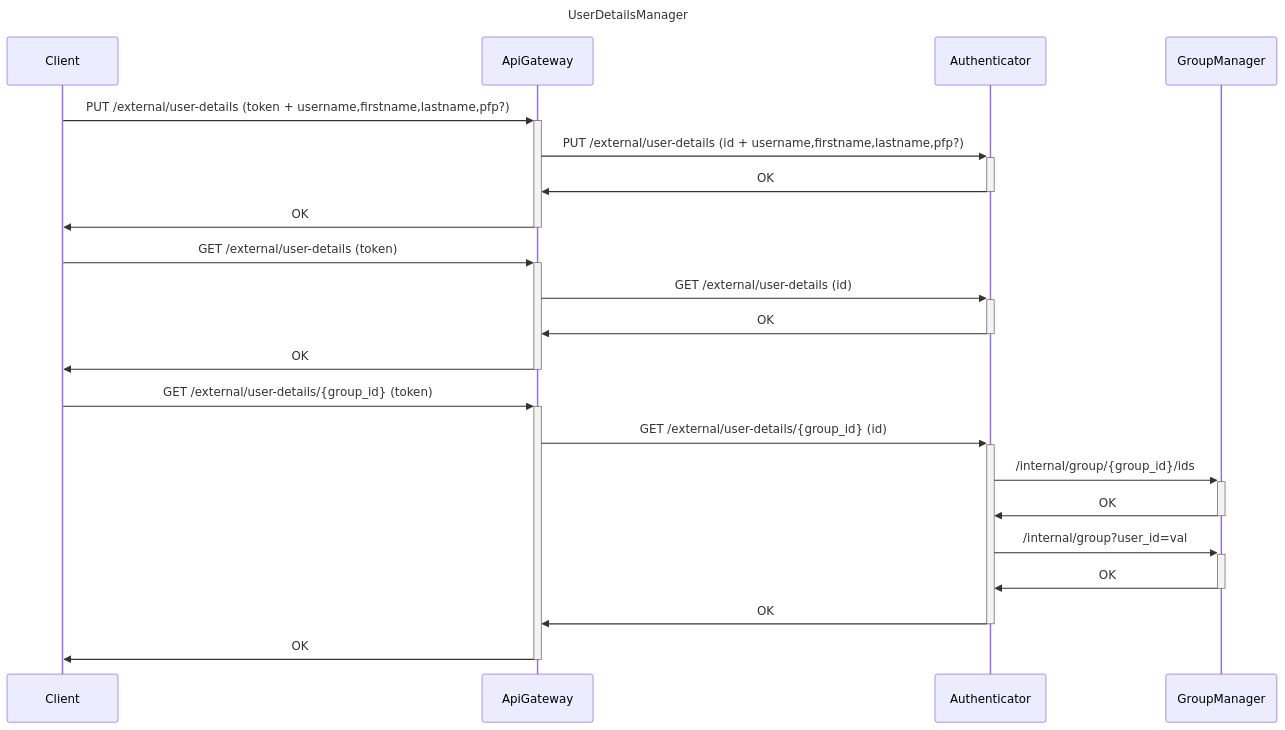
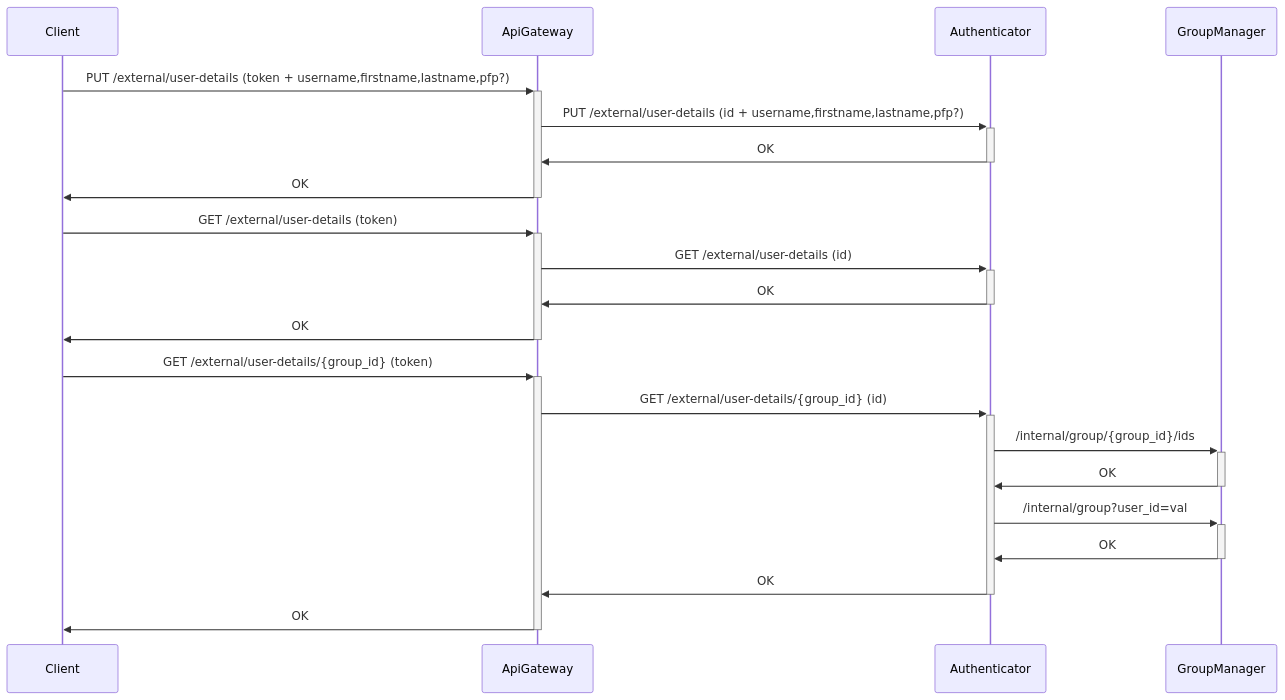
One commit to Group-Expense-Manager/gem-docs changed the second of 3 diagrams in docs/diagrams.md. Above: the diagram before and after it, drawn with Mermaid. The commit also changed other lines of this file, not shown here.

Commit message:
testing diagrams2

````diff
--- a/docs/diagrams.md
+++ b/docs/diagrams.md
@@ -54,23 +56,22 @@
 ``` mermaid
 sequenceDiagram
-title UserDetailsManager
 
 Client->>+ApiGateway: PUT /external/user-details (token + username,firstname,lastname,pfp?)
 ApiGateway->>+Authenticator: PUT /external/user-details (id + username,firstname,lastname,pfp?)
 Authenticator->>-ApiGateway: OK
 ApiGateway->>-Client: OK
 
 Client->>+ApiGateway: GET /external/user-details (token)
 ApiGateway->>+Authenticator: GET /external/user-details (id)
 Authenticator->>-ApiGateway: OK
 ApiGateway->>-Client: OK
 
 Client->>+ApiGateway: GET /external/user-details/{group_id} (token)
 ApiGateway->>+Authenticator: GET /external/user-details/{group_id} (id)
 Authenticator->>+ GroupManager: /internal/group/{group_id}/ids
 GroupManager->>- Authenticator: OK
 Authenticator->>+ GroupManager: /internal/group?user_id=val
 GroupManager->>- Authenticator: OK
 Authenticator->>-ApiGateway: OK
 ApiGateway->>-Client: OK
 ```
````
